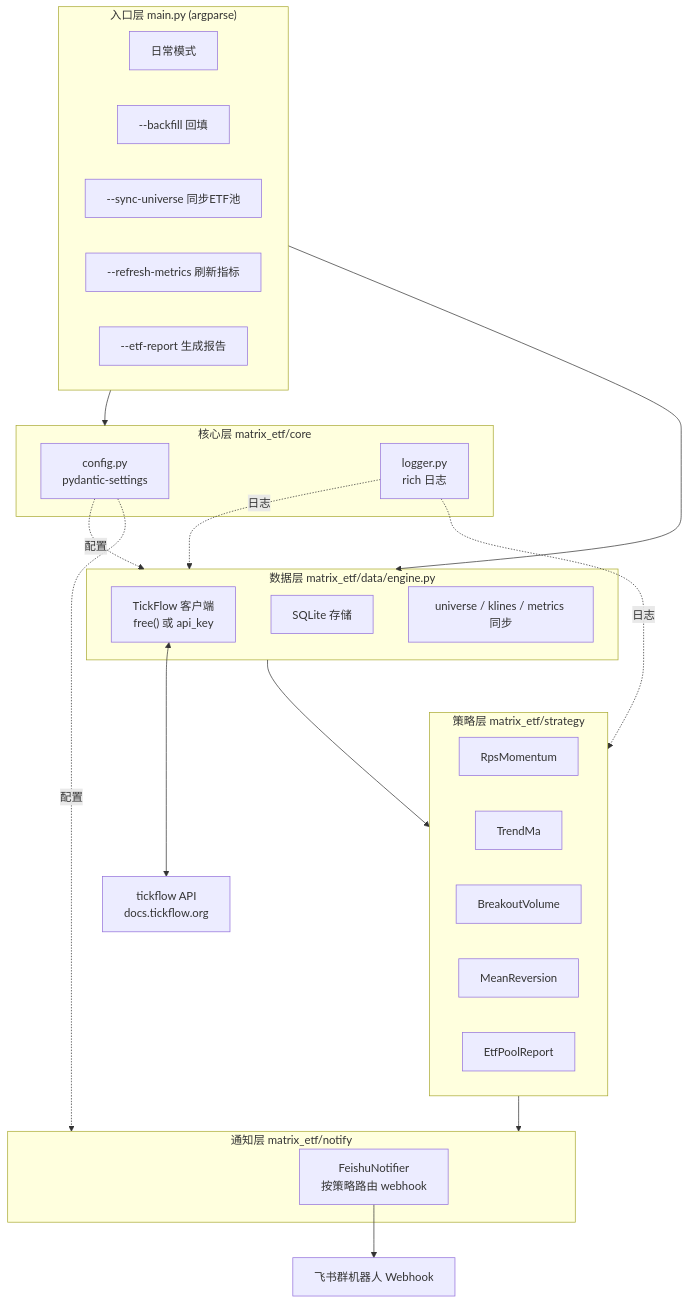
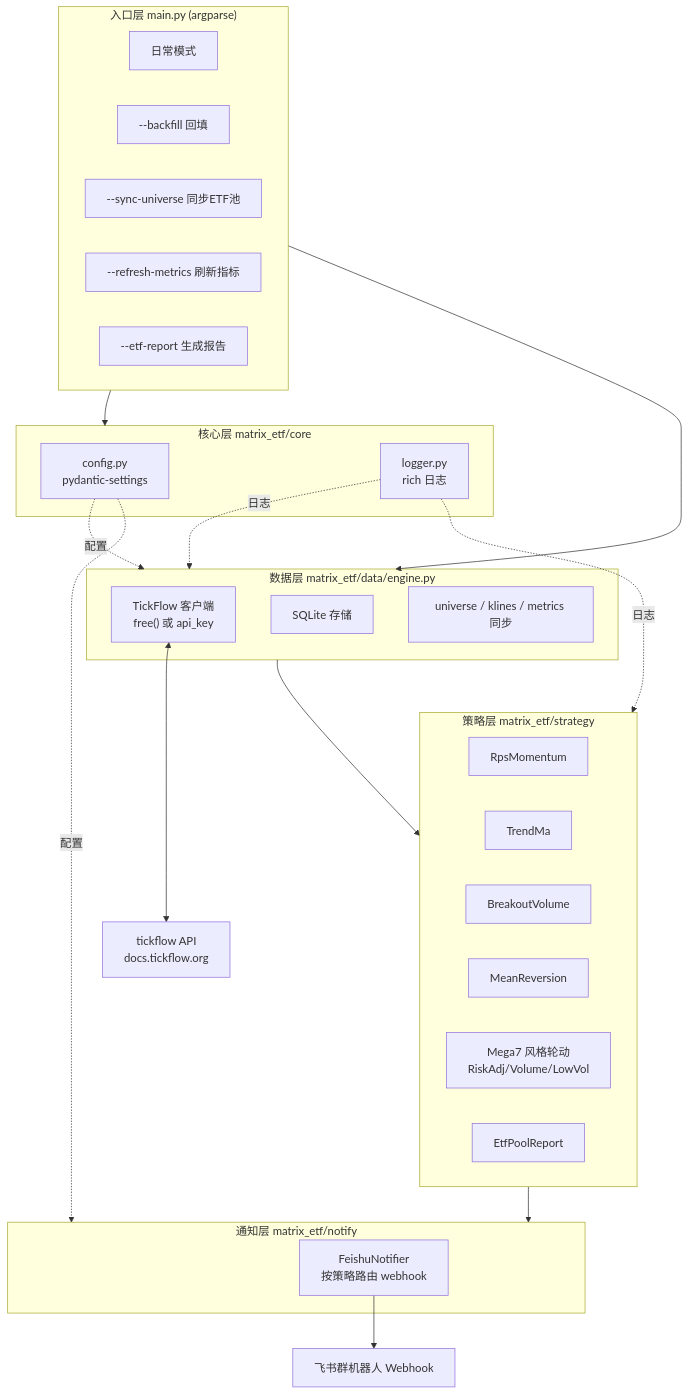
The first of 5 diagrams in docs/architecture.md (zongyangbigpolo/Matrix), drawn with Mermaid before and after one commit. The commit also changed other lines of this file and 15 other files, not shown here.

First line of the commit message:
Add data safeguards and Mega7 ETF strategies

````diff
--- a/docs/architecture.md
+++ b/docs/architecture.md
@@ -14,47 +14,48 @@
 ```mermaid
 flowchart TD
     subgraph CLI["入口层 main.py (argparse)"]
         A1["日常模式"]
         A2["--backfill 回填"]
         A3["--sync-universe 同步ETF池"]
         A4["--refresh-metrics 刷新指标"]
         A5["--etf-report 生成报告"]
     end
 
     subgraph CORE["核心层 matrix_etf/core"]
         C1["config.py<br/>pydantic-settings"]
         C2["logger.py<br/>rich 日志"]
     end
 
     subgraph DATA["数据层 matrix_etf/data/engine.py"]
         D1["TickFlow 客户端<br/>free() 或 api_key"]
         D2["SQLite 存储"]
         D3["universe / klines / metrics 同步"]
     end
 
     subgraph STRAT["策略层 matrix_etf/strategy"]
         S1["RpsMomentum"]
         S2["TrendMa"]
         S3["BreakoutVolume"]
         S4["MeanReversion"]
-        S5["EtfPoolReport"]
+        S5["Mega7 风格轮动<br/>RiskAdj/Volume/LowVol"]
+        S6["EtfPoolReport"]
     end
 
     subgraph NOTIFY["通知层 matrix_etf/notify"]
         N1["FeishuNotifier<br/>按策略路由 webhook"]
     end
 
     EXT1["tickflow API<br/>docs.tickflow.org"]
     EXT2["飞书群机器人 Webhook"]
 
     CLI --> CORE
     CLI --> DATA
     D1 <--> EXT1
     DATA --> STRAT
     STRAT --> NOTIFY
     N1 --> EXT2
     C1 -.配置.-> DATA
     C1 -.配置.-> NOTIFY
     C2 -.日志.-> DATA
     C2 -.日志.-> STRAT
 ```
````
